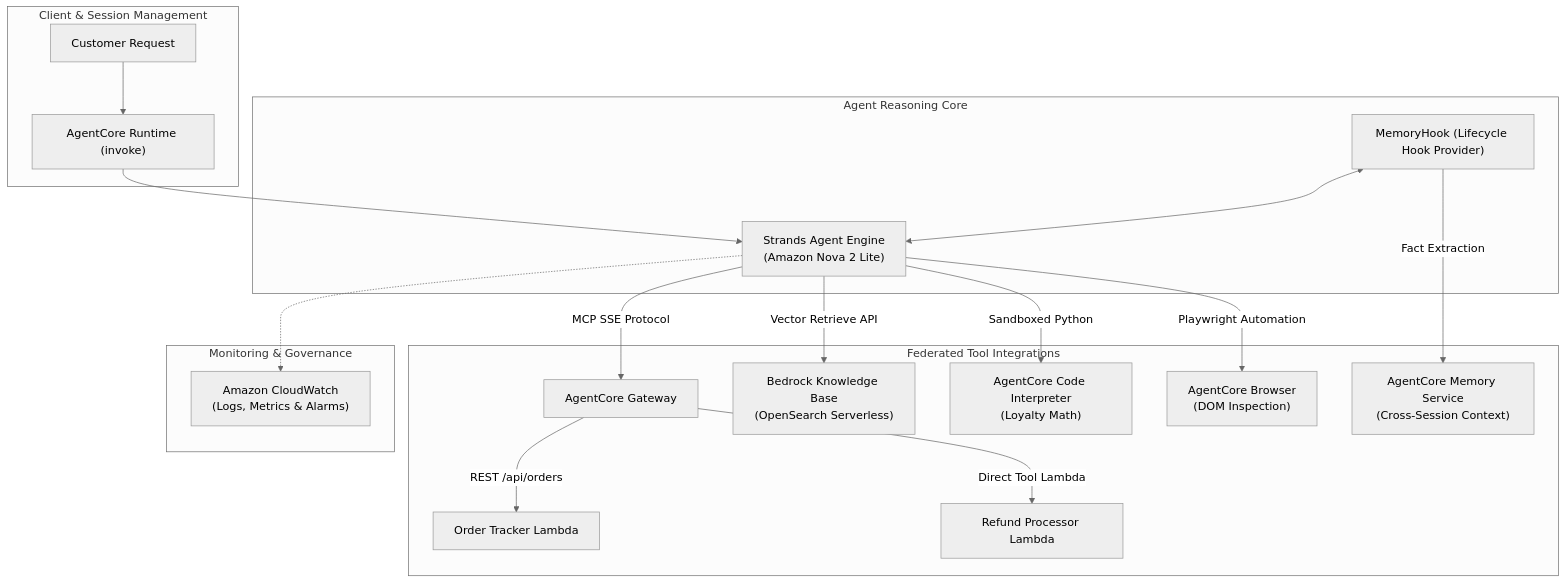
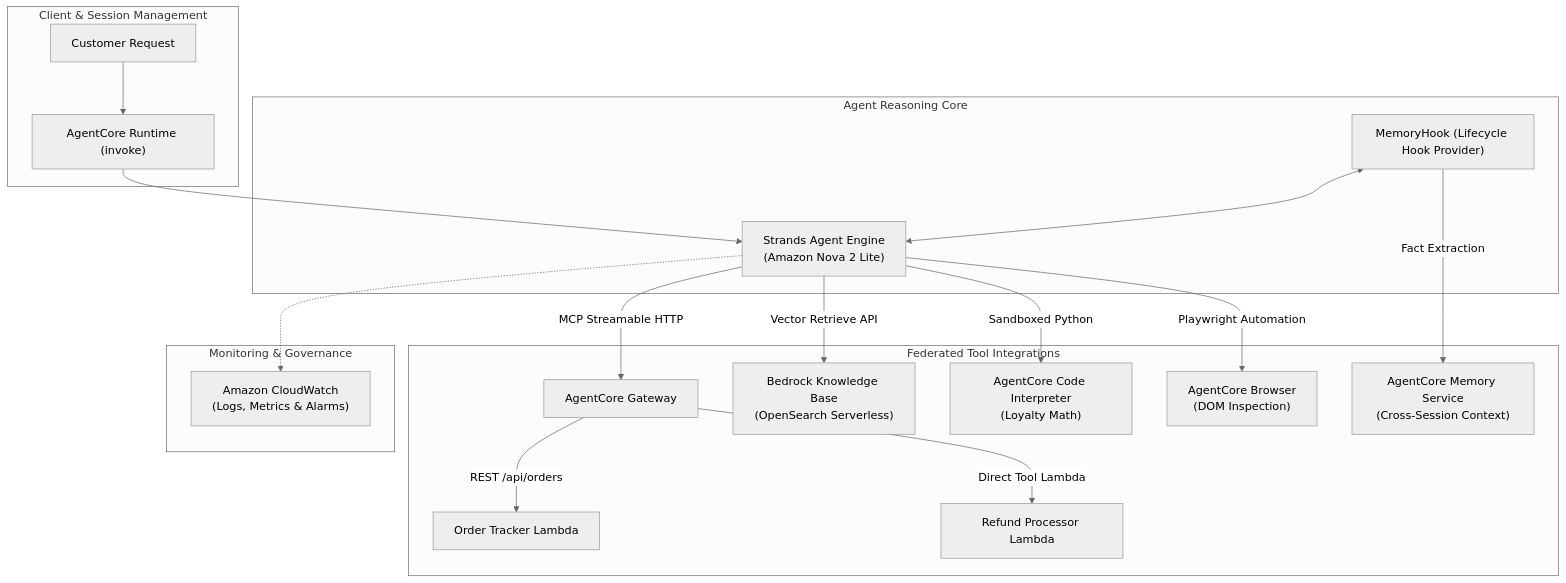
The diagram in README.md (Nitin-Mane/AI-Support-Agent), drawn with Mermaid (neutral theme) before and after one commit. The commit also changed other lines of this file and 12 other files, not shown here.

````diff
--- a/README.md
+++ b/README.md
@@ -9,26 +16,26 @@
 ```mermaid
 flowchart TD
     subgraph ClientLayer["Client & Session Management"]
         User["Customer Request"] --> Runtime["AgentCore Runtime (invoke)"]
     end
 
     subgraph AgentCore["Agent Reasoning Core"]
         Runtime --> Agent["Strands Agent Engine<br/>(Amazon Nova 2 Lite)"]
         MemoryHook["MemoryHook (Lifecycle Hook Provider)"] <--> Agent
     end
 
     subgraph ToolEcosystem["Federated Tool Integrations"]
-        Agent -->|"MCP SSE Protocol"| Gateway["AgentCore Gateway"]
+        Agent -->|"MCP Streamable HTTP"| Gateway["AgentCore Gateway"]
         Gateway -->|"REST /api/orders"| LambdaOrder["Order Tracker Lambda"]
         Gateway -->|"Direct Tool Lambda"| LambdaRefund["Refund Processor Lambda"]
 
         Agent -->|"Vector Retrieve API"| BedrockKB["Bedrock Knowledge Base<br/>(OpenSearch Serverless)"]
         Agent -->|"Sandboxed Python"| CodeInterpreter["AgentCore Code Interpreter<br/>(Loyalty Math)"]
         Agent -->|"Playwright Automation"| BrowserTool["AgentCore Browser<br/>(DOM Inspection)"]
         MemoryHook -->|"Fact Extraction"| AgentMemory["AgentCore Memory Service<br/>(Cross-Session Context)"]
     end
 
     subgraph Observability["Monitoring & Governance"]
         Agent -.-> CloudWatch["Amazon CloudWatch<br/>(Logs, Metrics & Alarms)"]
     end
 ```
````
